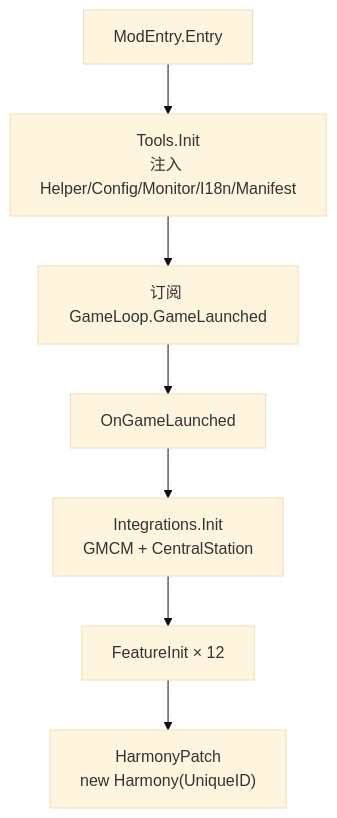
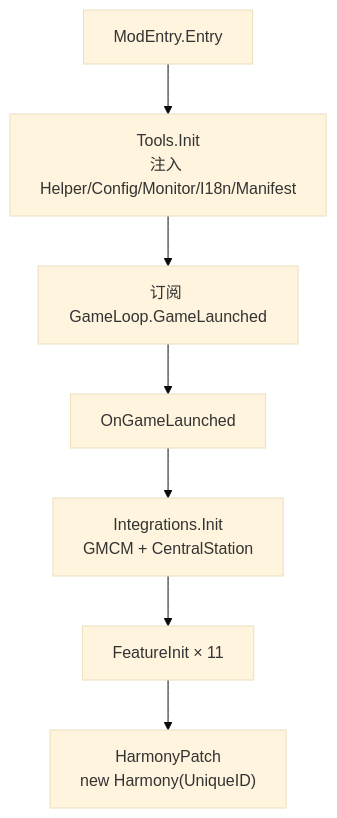
One commit to WhaleK233/Red-Panda-Bazaar changed the diagram in Red Panda Bazaar Code/AGENTS.md. Above: the diagram before and after it, drawn with Mermaid (base theme). The commit also changed other lines of this file and 1 other file, not shown here.

````diff
--- a/Red Panda Bazaar Code/AGENTS.md
+++ b/Red Panda Bazaar Code/AGENTS.md
@@ -28,9 +28,9 @@
 ```mermaid
 flowchart TD
   E["ModEntry.Entry"] --> T["Tools.Init<br/>注入 Helper/Config/Monitor/I18n/Manifest"]
   T --> GL["订阅 GameLoop.GameLaunched"]
   GL --> OGL["OnGameLaunched"]
   OGL --> I["Integrations.Init<br/>GMCM + CentralStation"]
-  I --> F["FeatureInit × 12"]
+  I --> F["FeatureInit × 11"]
   F --> H["HarmonyPatch<br/>new Harmony(UniqueID)"]
 ```
````
